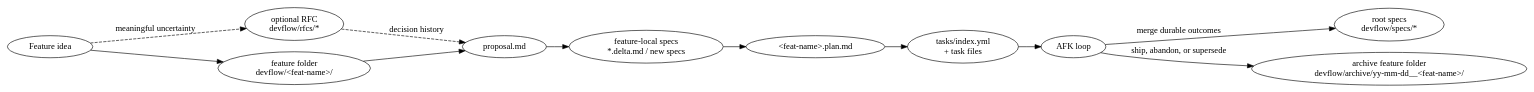
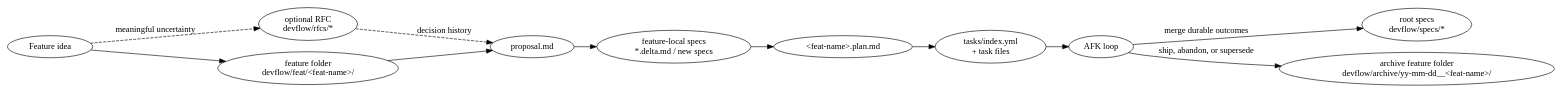
Before and after one commit to codethread/agents: the diagram in plugins/devflow/README.md, drawn with Graphviz. The commit also changed other lines of this file and 36 other files, not shown here.

````diff
--- a/plugins/devflow/README.md
+++ b/plugins/devflow/README.md
@@ -58,23 +59,23 @@
 ```dot
 digraph devflow {
   rankdir = LR;
 
   idea [label = "Feature idea"];
   rfc [label = "optional RFC\ndevflow/rfcs/*"];
-  feature [label = "feature folder\ndevflow/<feat-name>/"];
+  feature [label = "feature folder\ndevflow/feat/<feat-name>/"];
   proposal [label = "proposal.md"];
   specwork [label = "feature-local specs\n*.delta.md / new specs"];
   plan [label = "<feat-name>.plan.md"];
   tasks [label = "tasks/index.yml\n+ task files"];
   afk [label = "AFK loop"];
   rootspecs [label = "root specs\ndevflow/specs/*"];
   archive [label = "archive feature folder\ndevflow/archive/yy-mm-dd__<feat-name>/"];
 
   idea -> rfc [label = "meaningful uncertainty", style = dashed];
   idea -> feature;
   rfc -> proposal [label = "decision history", style = dashed];
   feature -> proposal -> specwork -> plan -> tasks -> afk;
   afk -> rootspecs [label = "merge durable outcomes"];
   afk -> archive [label = "ship, abandon, or supersede"];
 }
 ```
````
